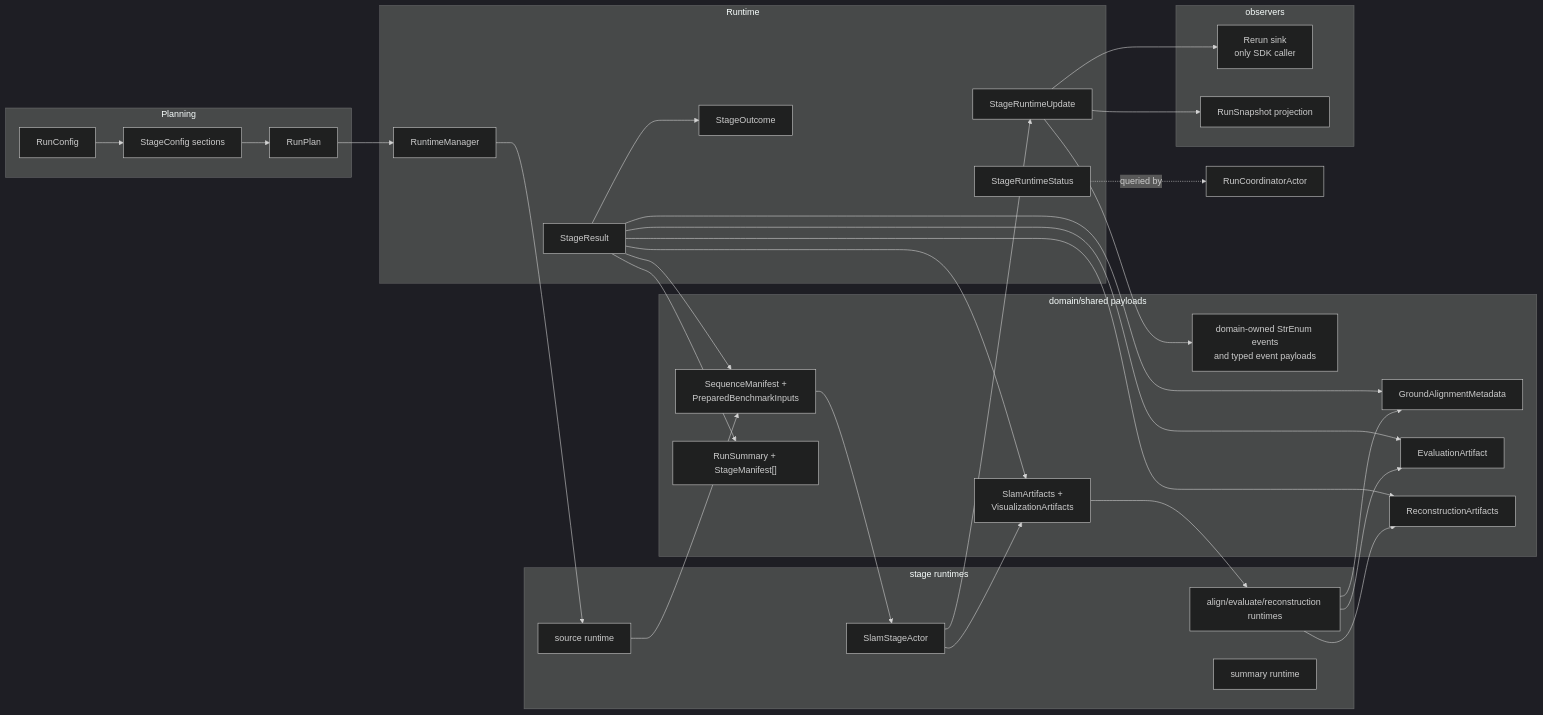
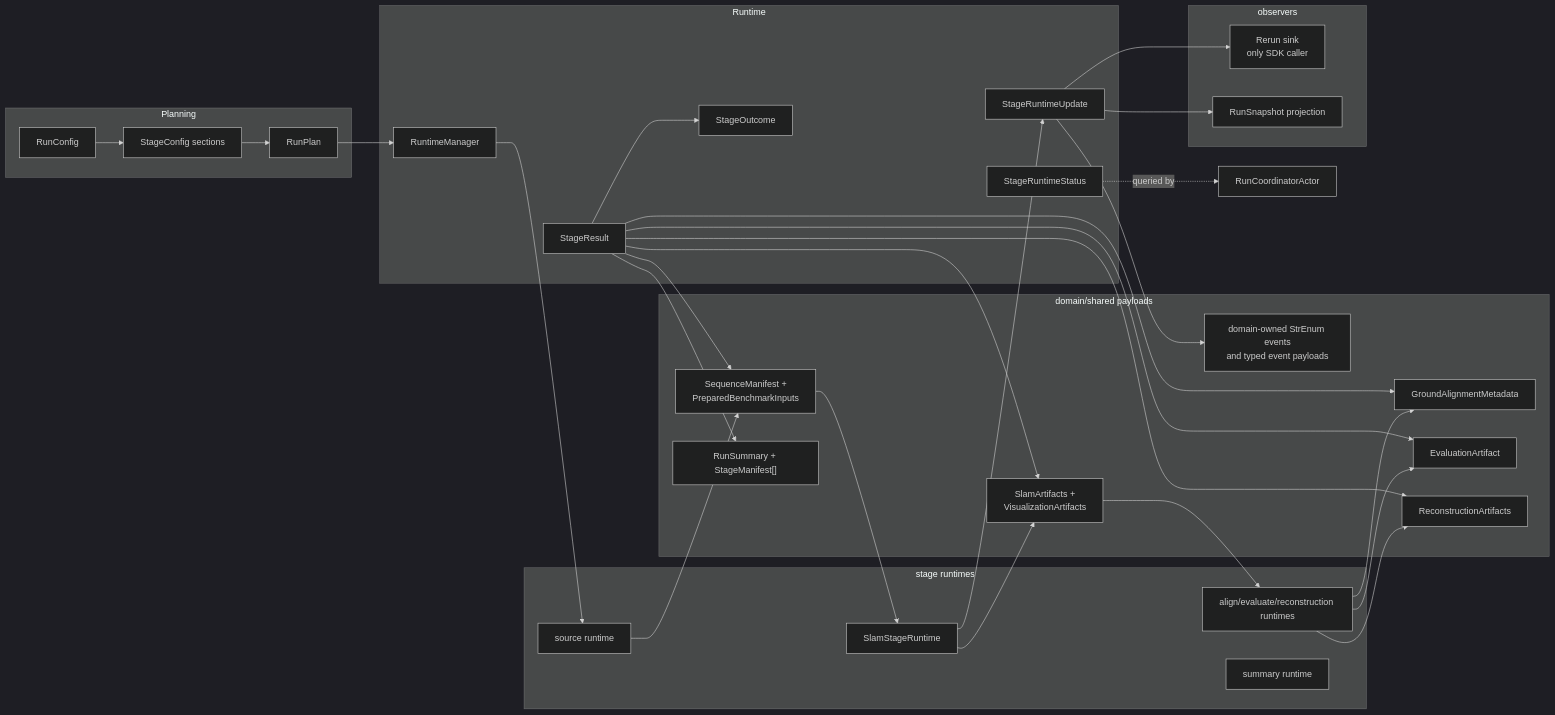
Before and after one commit to JanDuchscherer104/prml-vslam: the seventh of 13 diagrams in docs/architecture/pipeline-stage-refactor-target.md, drawn with Mermaid (dark theme). The commit also changed other lines of this file and 3 other files, not shown here.

Commit message:
docs: refresh pipeline stage target architecture

````diff
--- a/docs/architecture/pipeline-stage-refactor-target.md
+++ b/docs/architecture/pipeline-stage-refactor-target.md
@@ -790,58 +903,58 @@
 ```mermaid
 flowchart LR
     subgraph Planning["Planning"]
         RunConfig["RunConfig"]
         StageConfigs["StageConfig sections"]
         RunPlan["RunPlan"]
     end
 
     subgraph Runtime["Runtime"]
         RuntimeManager["RuntimeManager"]
         Status["StageRuntimeStatus"]
         Result["StageResult"]
         Update["StageRuntimeUpdate"]
         Outcome["StageOutcome"]
     end
 
     subgraph Payloads["domain/shared payloads"]
         SourcePayload["SequenceManifest +<br/>PreparedBenchmarkInputs"]
         SlamPayload["SlamArtifacts +<br/>VisualizationArtifacts"]
         GroundPayload["GroundAlignmentMetadata"]
         EvalPayload["EvaluationArtifact"]
         ReconstructionPayload["ReconstructionArtifacts"]
         SummaryPayload["RunSummary + StageManifest[]"]
         DomainEvents["domain-owned StrEnum events<br/>and typed event payloads"]
     end
 
     subgraph StageRuntimes["stage runtimes"]
         SourceRuntime["source runtime"]
-        SlamRuntime["SlamStageActor"]
+        SlamRuntime["SlamStageRuntime"]
         DerivedRuntime["align/evaluate/reconstruction runtimes"]
         SummaryRuntime["summary runtime"]
     end
 
     subgraph Sinks["observers"]
         RerunSink["Rerun sink<br/>only SDK caller"]
         Snapshot["RunSnapshot projection"]
     end
 
     RunConfig --> StageConfigs --> RunPlan --> RuntimeManager
     RuntimeManager --> SourceRuntime --> SourcePayload
     SourcePayload --> SlamRuntime --> SlamPayload
     SlamPayload --> DerivedRuntime
     DerivedRuntime --> GroundPayload
     DerivedRuntime --> EvalPayload
     DerivedRuntime --> ReconstructionPayload
     Result --> Outcome
     Result --> SourcePayload
     Result --> SlamPayload
     Result --> GroundPayload
     Result --> EvalPayload
     Result --> ReconstructionPayload
     Result --> SummaryPayload
     SlamRuntime --> Update
     Update --> DomainEvents
     Update --> RerunSink
     Update --> Snapshot
     Status -. queried by .-> Coordinator["RunCoordinatorActor"]
 ```
````
